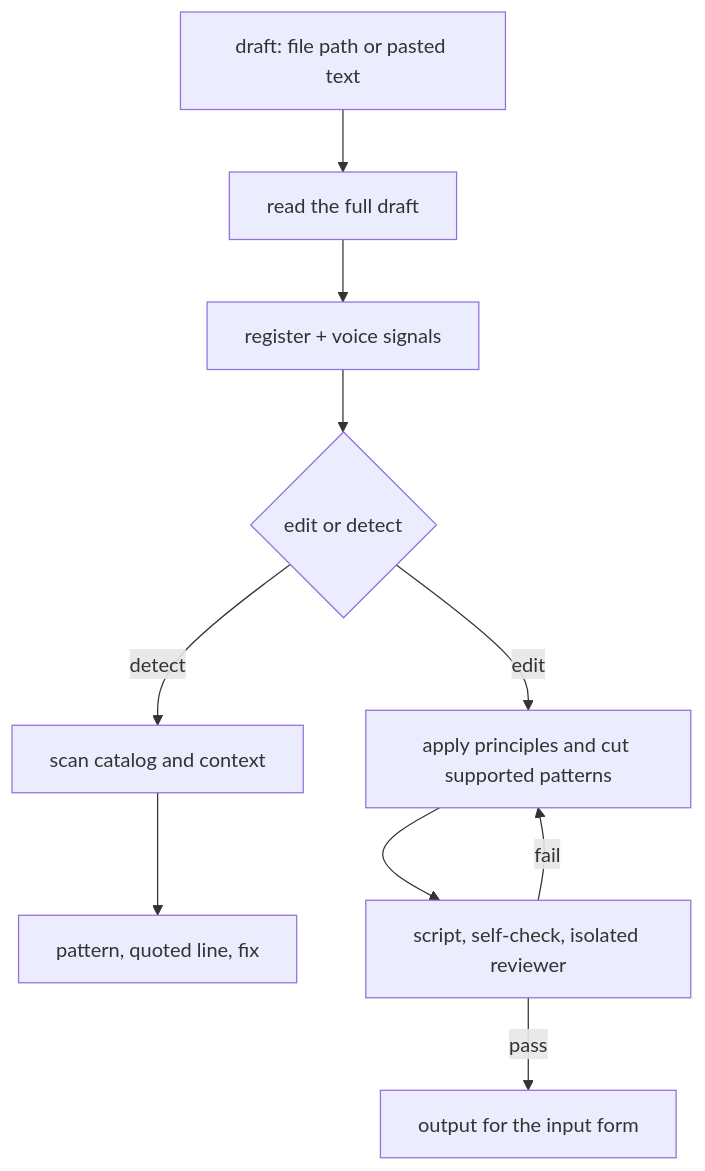
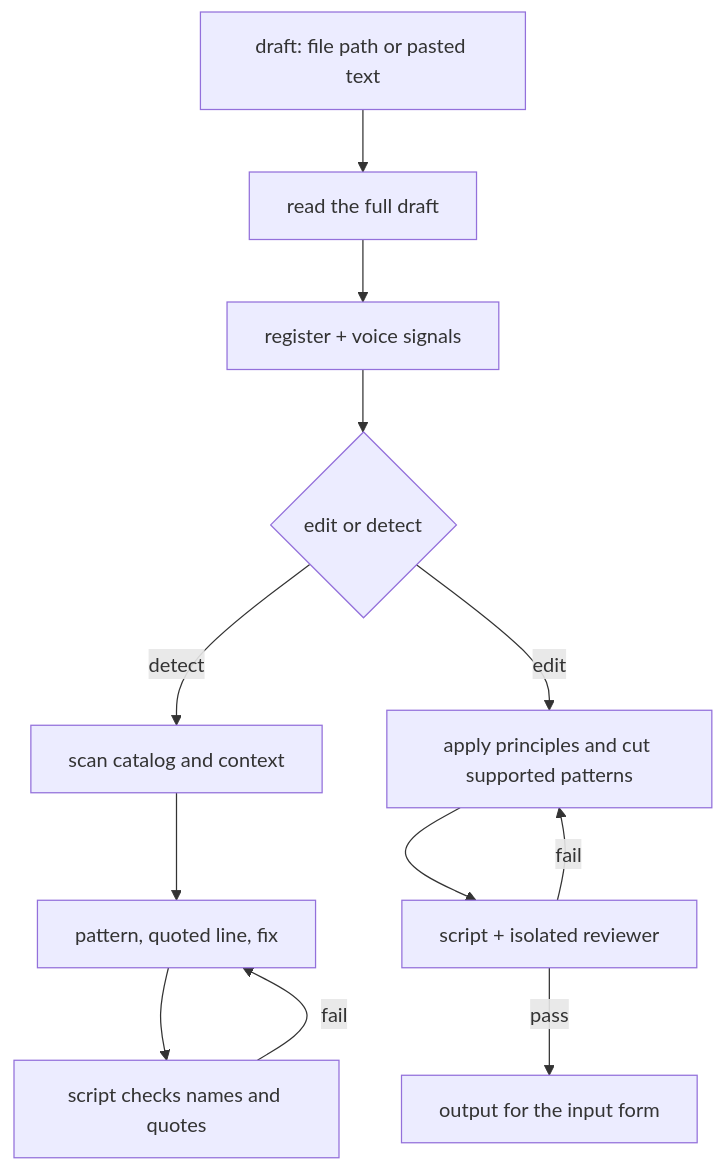
One commit to adeonir/agent-skills changed the diagram in skills/productivity/anti-slop/README.md. Above: the diagram before and after it, drawn with Mermaid. The commit also changed other lines of this file and 4 other files, not shown here.

````diff
--- a/skills/productivity/anti-slop/README.md
+++ b/skills/productivity/anti-slop/README.md
@@ -7,12 +7,14 @@
 ```mermaid
 flowchart TD
     IN[draft: file path or pasted text] --> READ[read the full draft]
     READ --> VOICE[register + voice signals]
     VOICE --> MODE{edit or detect}
     MODE -->|detect| SCAN[scan catalog and context]
     SCAN --> REPORT[pattern, quoted line, fix]
+    REPORT --> RCHECK[script checks names and quotes]
+    RCHECK -->|fail| REPORT
     MODE -->|edit| CUT[apply principles and cut supported patterns]
-    CUT --> CHECK[script, self-check, isolated reviewer]
+    CUT --> CHECK[script + isolated reviewer]
     CHECK -->|fail| CUT
     CHECK -->|pass| OUT[output for the input form]
 ```
````
